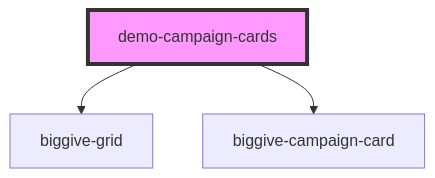
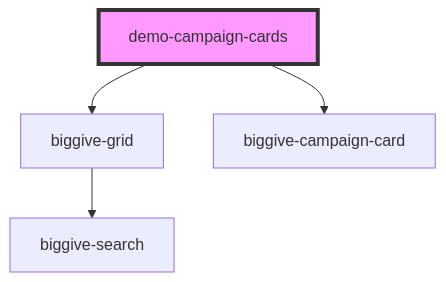
Before and after one commit to thebiggive/donate-frontend: the diagram in src/components/demo-campaign-cards/readme.md, drawn with Mermaid. The commit also changed 5 other files, not shown here.

````diff
--- a/src/components/demo-campaign-cards/readme.md
+++ b/src/components/demo-campaign-cards/readme.md
@@ -16,6 +16,7 @@
 ```mermaid
 graph TD;
   demo-campaign-cards --> biggive-grid
   demo-campaign-cards --> biggive-campaign-card
+  biggive-grid --> biggive-search
   style demo-campaign-cards fill:#f9f,stroke:#333,stroke-width:4px
 ```
````
